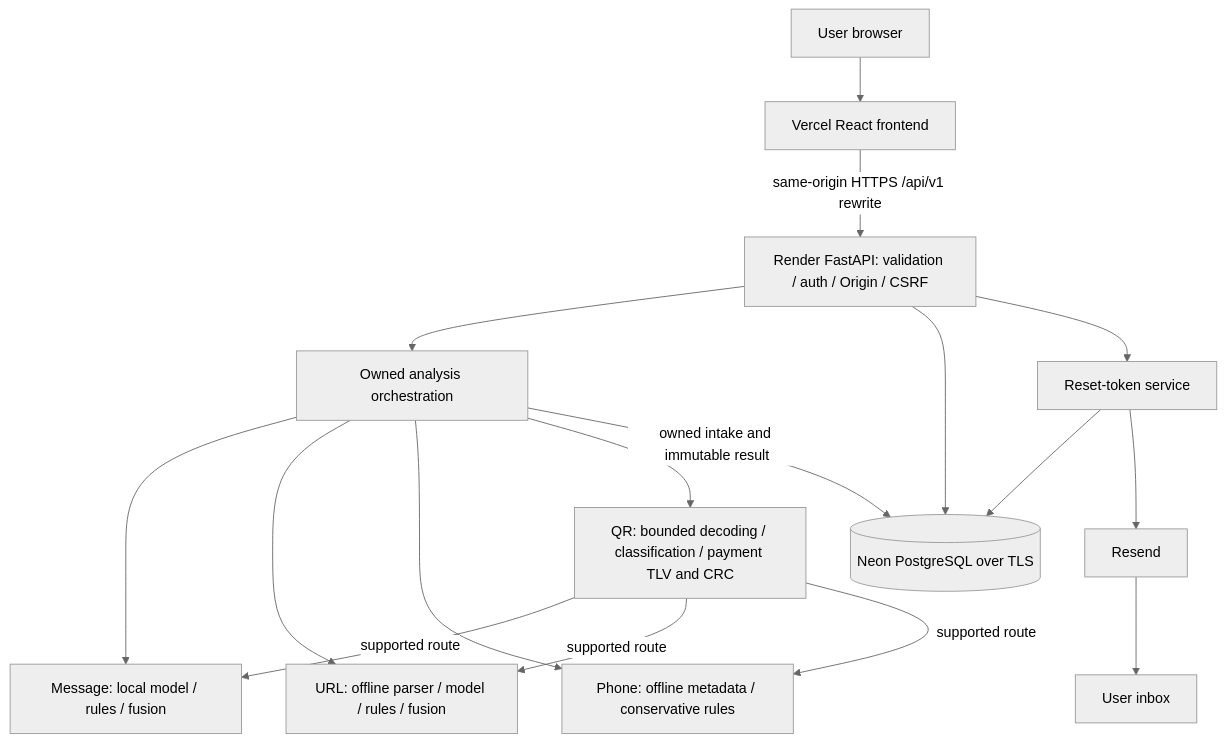
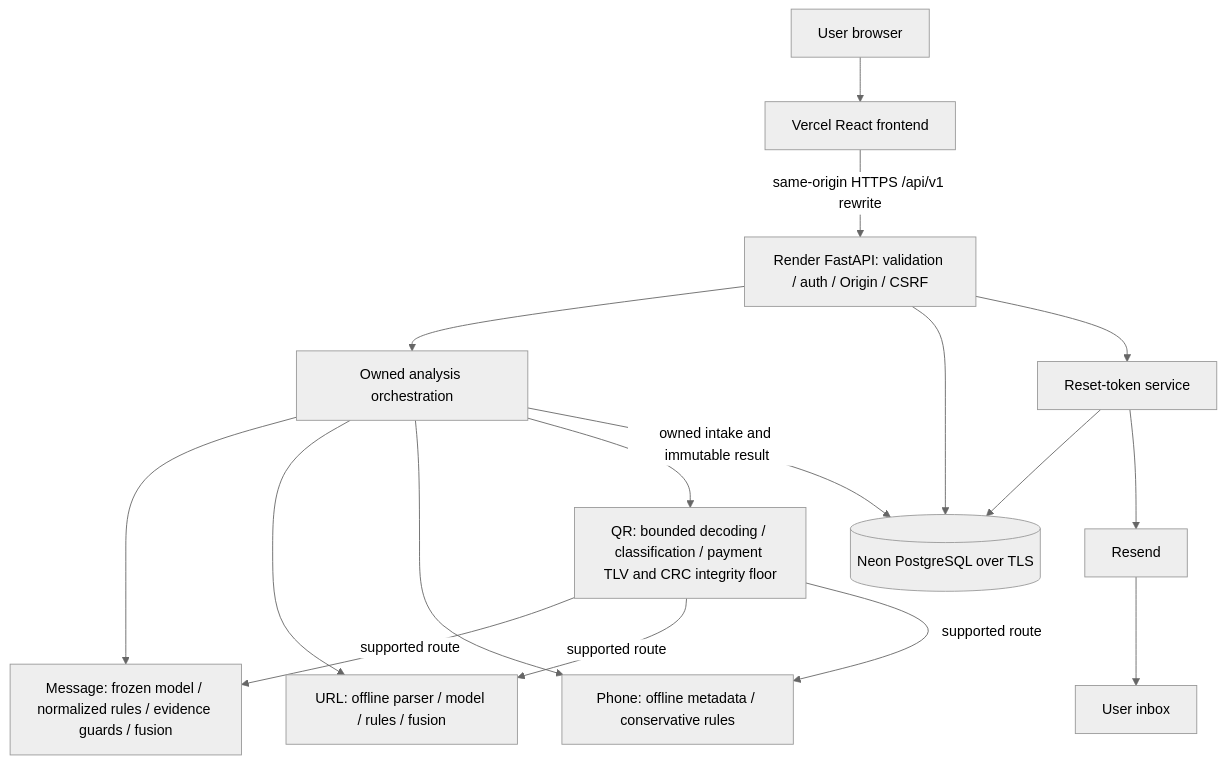
One commit to tayyab-hub/scamguard-my changed the diagram in docs/ARCHITECTURE.md. Above: the diagram before and after it, drawn with Mermaid (neutral theme). The commit also changed other lines of this file and 143 other files, not shown here.

````diff
--- a/docs/ARCHITECTURE.md
+++ b/docs/ARCHITECTURE.md
@@ -7,19 +11,19 @@
 ```mermaid
 flowchart TD
   U[User browser] --> F[Vercel React frontend]
   F -->|same-origin HTTPS /api/v1 rewrite| A[Render FastAPI: validation / auth / Origin / CSRF]
   A --> O[Owned analysis orchestration]
-  O --> M[Message: local model / rules / fusion]
+  O --> M[Message: frozen model / normalized rules / evidence guards / fusion]
   O --> L[URL: offline parser / model / rules / fusion]
   O --> P[Phone: offline metadata / conservative rules]
-  O --> Q[QR: bounded decoding / classification / payment TLV and CRC]
+  O --> Q[QR: bounded decoding / classification / payment TLV and CRC integrity floor]
   Q -->|supported route| M
   Q -->|supported route| L
   Q -->|supported route| P
   A --> D[(Neon PostgreSQL over TLS)]
   O -->|owned intake and immutable result| D
   A --> R[Reset-token service]
   R --> D
   R --> S[Resend]
   S --> I[User inbox]
 ```
````
